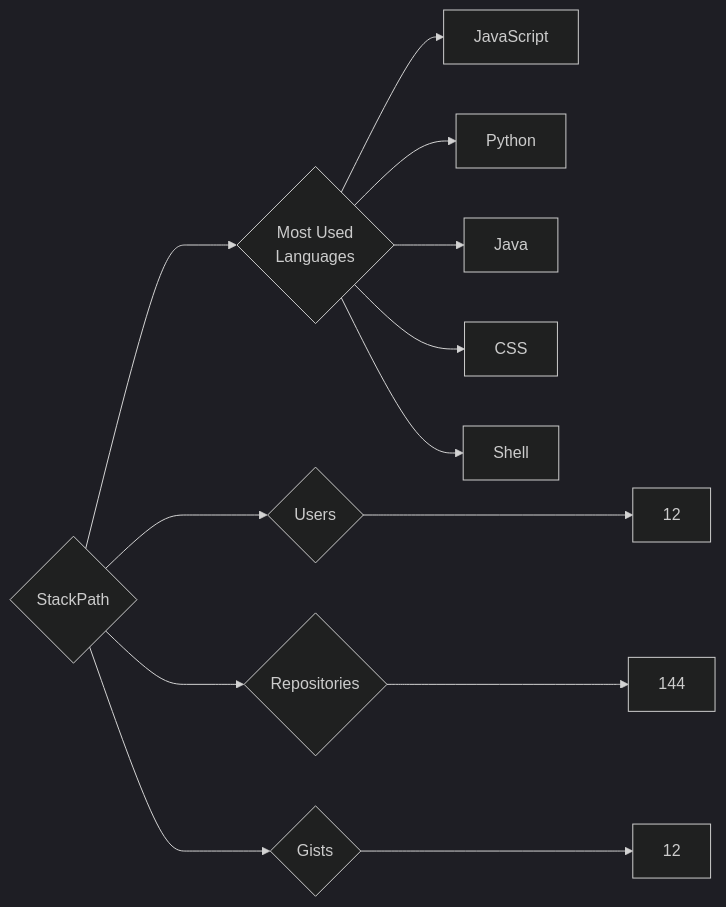
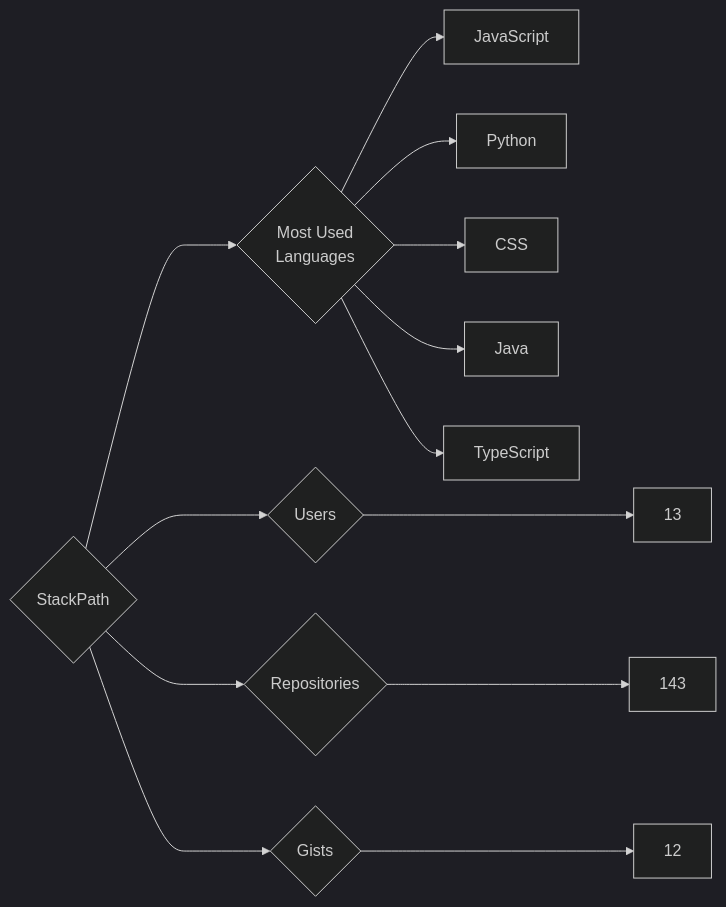
One commit to trickest/insiders changed the diagram in targets/StackPath/README.md. Above: the diagram before and after it, drawn with Mermaid (dark theme). The commit also changed 953 other files, not shown here.

````diff
--- a/targets/StackPath/README.md
+++ b/targets/StackPath/README.md
@@ -3,13 +3,13 @@
 ```mermaid
 graph LR
 COMPANY_NAME{StackPath}
-COMPANY_NAME ---> U{Users} ---> UN[12]
-COMPANY_NAME ---> R{Repositories} ---> RN[144]
+COMPANY_NAME ---> U{Users} ---> UN[13]
+COMPANY_NAME ---> R{Repositories} ---> RN[143]
 COMPANY_NAME ---> G{Gists} ---> GN[12]
 COMPANY_NAME ---> ML{Most Used<br>Languages}
 ML --> JavaScript[JavaScript]
 ML --> Python[Python]
+ML --> CSS[CSS]
 ML --> Java[Java]
-ML --> CSS[CSS]
-ML --> Shell[Shell]
+ML --> TypeScript[TypeScript]
 ```
````
